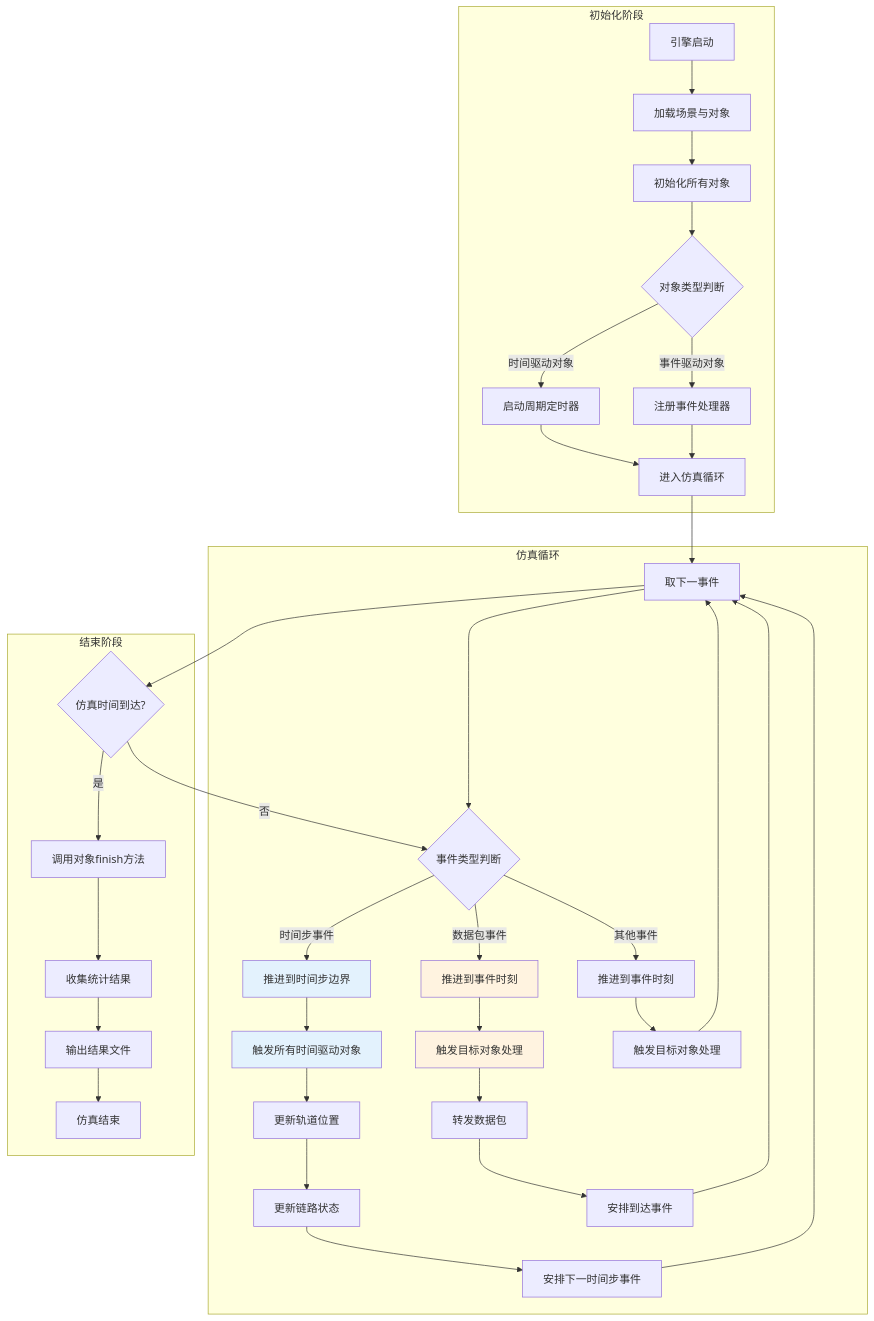
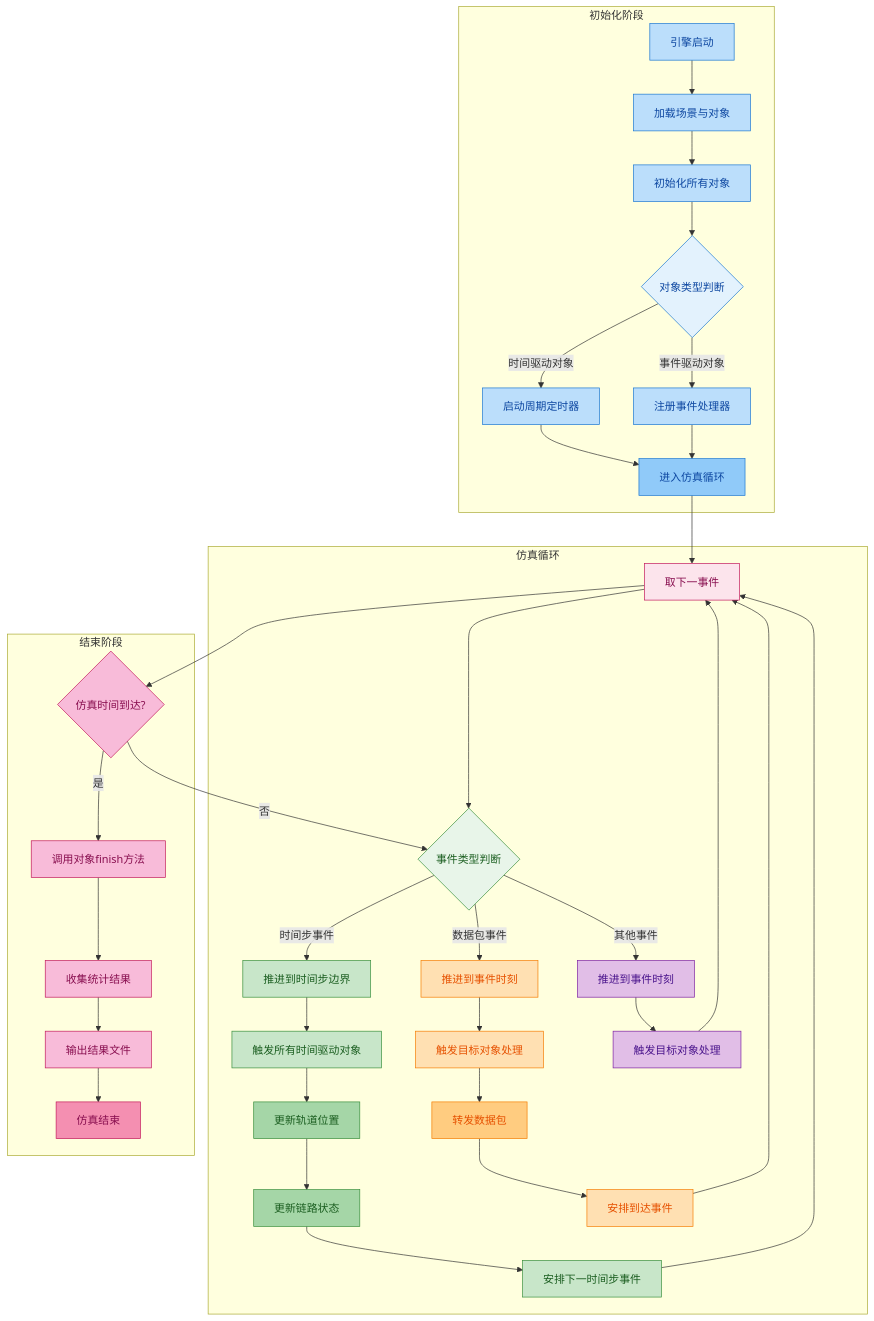
Before and after one commit to GavinSil/omnetpp: the second of 15 diagrams in doc/design/sim-doc-redesign.md, drawn with Mermaid. The commit also changed other lines of this file, not shown here.

````diff
--- a/doc/design/sim-doc-redesign.md
+++ b/doc/design/sim-doc-redesign.md
@@ -910,48 +829,78 @@
 ```mermaid
 flowchart TD
     subgraph 初始化阶段
         A1[引擎启动] --> A2[加载场景与对象]
         A2 --> A3[初始化所有对象]
         A3 --> A4{对象类型判断}
         A4 -->|时间驱动对象| A5[启动周期定时器]
         A4 -->|事件驱动对象| A6[注册事件处理器]
         A5 --> A7[进入仿真循环]
         A6 --> A7
     end
-    
+
     subgraph 仿真循环
         A7 --> B1[取下一事件]
         B1 --> B2{事件类型判断}
-        
+
         B2 -->|时间步事件| C1[推进到时间步边界]
         C1 --> C2[触发所有时间驱动对象]
         C2 --> C3[更新轨道位置]
         C3 --> C4[更新链路状态]
         C4 --> C5[安排下一时间步事件]
         C5 --> B1
-        
+
         B2 -->|数据包事件| D1[推进到事件时刻]
         D1 --> D2[触发目标对象处理]
         D2 --> D3[转发数据包]
         D3 --> D4[安排到达事件]
         D4 --> B1
-        
+
         B2 -->|其他事件| E1[推进到事件时刻]
         E1 --> E2[触发目标对象处理]
         E2 --> B1
     end
-    
+
     subgraph 结束阶段
         B1 --> F1{仿真时间到达?}
         F1 -->|否| B2
         F1 -->|是| F2[调用对象finish方法]
         F2 --> F3[收集统计结果]
         F3 --> F4[输出结果文件]
         F4 --> F5[仿真结束]
     end
-    
-    style C1 fill:#e3f2fd
-    style C2 fill:#e3f2fd
-    style D1 fill:#fff3e0
-    style D2 fill:#fff3e0
+
+    %% 初始化阶段 - 蓝色系
+    style A1 fill:#bbdefb,stroke:#1976D2,color:#0D47A1
+    style A2 fill:#bbdefb,stroke:#1976D2,color:#0D47A1
+    style A3 fill:#bbdefb,stroke:#1976D2,color:#0D47A1
+    style A4 fill:#e3f2fd,stroke:#1976D2,color:#0D47A1
+    style A5 fill:#bbdefb,stroke:#1976D2,color:#0D47A1
+    style A6 fill:#bbdefb,stroke:#1976D2,color:#0D47A1
+    style A7 fill:#90caf9,stroke:#1976D2,color:#0D47A1
+
+    %% 时间驱动分支 - 绿色系
+    style B2 fill:#e8f5e9,stroke:#388E3C,color:#1B5E20
+    style C1 fill:#c8e6c9,stroke:#388E3C,color:#1B5E20
+    style C2 fill:#c8e6c9,stroke:#388E3C,color:#1B5E20
+    style C3 fill:#a5d6a7,stroke:#388E3C,color:#1B5E20
+    style C4 fill:#a5d6a7,stroke:#388E3C,color:#1B5E20
+    style C5 fill:#c8e6c9,stroke:#388E3C,color:#1B5E20
+
+    %% 事件驱动分支 - 橙色系
+    style D1 fill:#ffe0b2,stroke:#F57C00,color:#E65100
+    style D2 fill:#ffe0b2,stroke:#F57C00,color:#E65100
+    style D3 fill:#ffcc80,stroke:#F57C00,color:#E65100
+    style D4 fill:#ffe0b2,stroke:#F57C00,color:#E65100
+
+    %% 其他事件分支 - 紫色系
+    style E1 fill:#e1bee7,stroke:#7B1FA2,color:#4A148C
+    style E2 fill:#e1bee7,stroke:#7B1FA2,color:#4A148C
+
+    %% 结束阶段 - 粉色系
+    style B1 fill:#fce4ec,stroke:#C2185B,color:#880E4F
+    style F1 fill:#f8bbd9,stroke:#C2185B,color:#880E4F
+    style F2 fill:#f8bbd9,stroke:#C2185B,color:#880E4F
+    style F3 fill:#f8bbd9,stroke:#C2185B,color:#880E4F
+    style F4 fill:#f8bbd9,stroke:#C2185B,color:#880E4F
+    style F5 fill:#f48fb1,stroke:#C2185B,color:#880E4F
 ```
````
